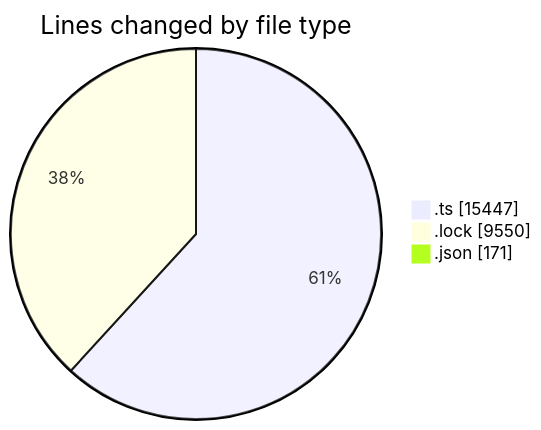
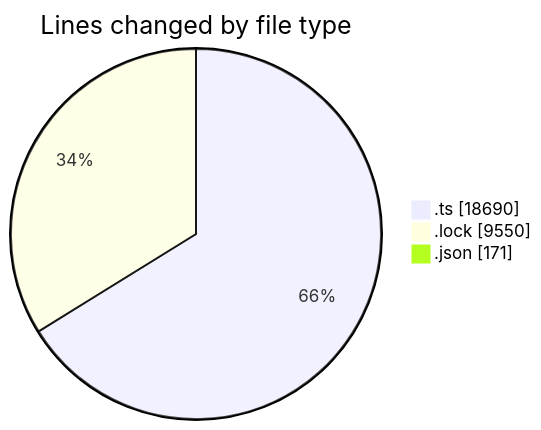
The first of 2 diagrams in 2025-10-30/cda/README.md (momahboobian/code-tracking), drawn with Mermaid before and after one commit. The commit also changed other lines of this file and 1 other file, not shown here.

````diff
--- a/2025-10-30/cda/README.md
+++ b/2025-10-30/cda/README.md
@@ -29,7 +29,7 @@
 ```mermaid
 pie showData
 title Lines changed by file type
-".ts" : 15447
+".ts" : 18690
 ".lock" : 9550
 ".json" : 171
 ```
````
